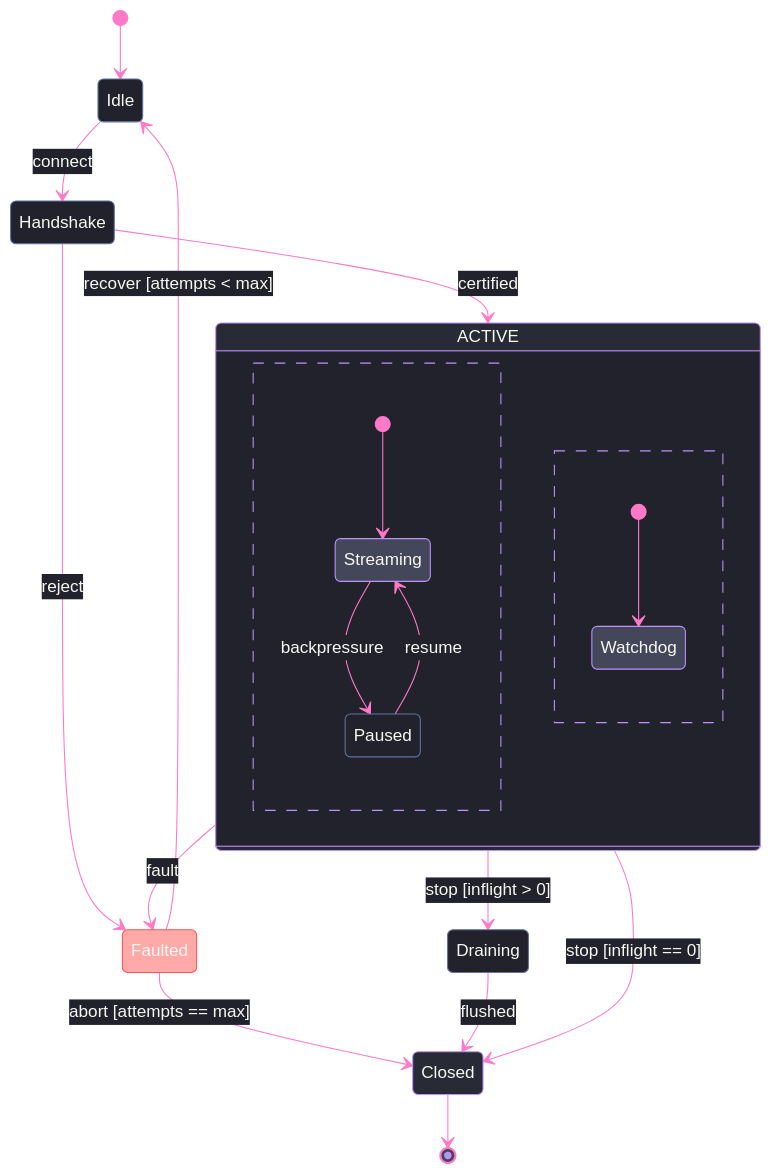
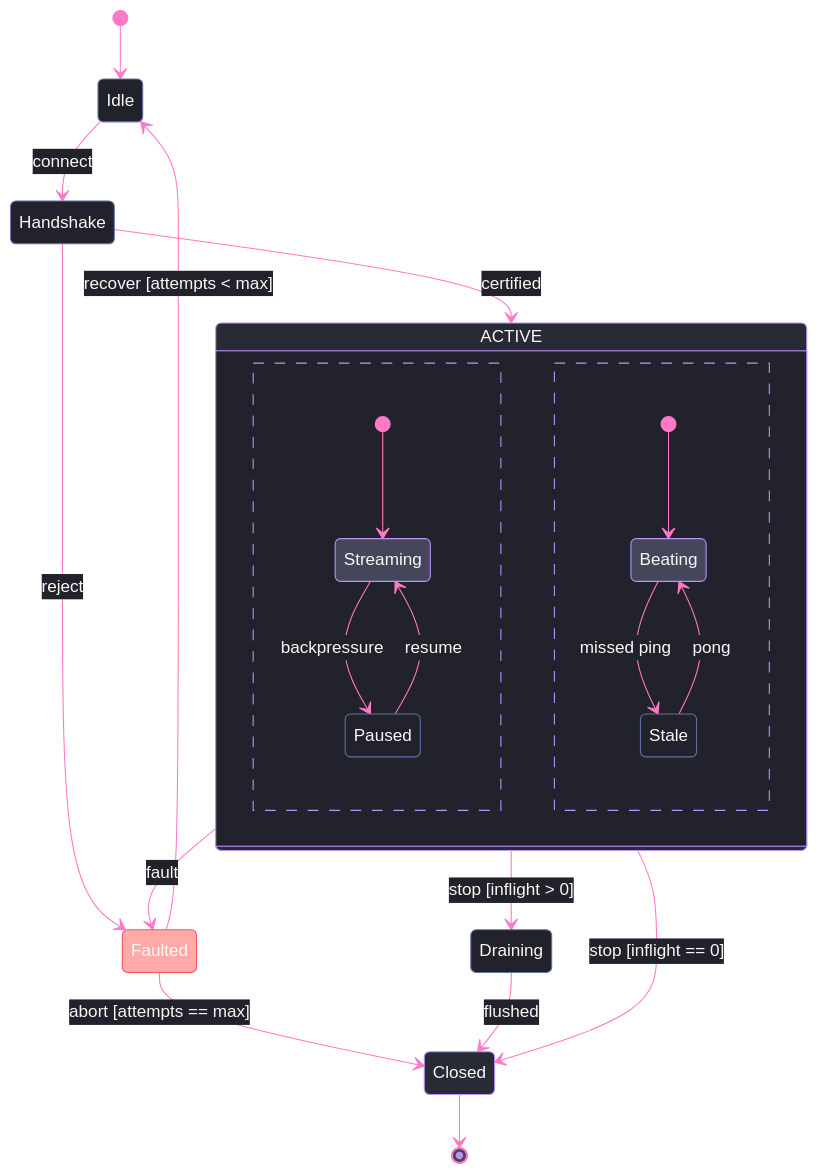
Before and after one commit to bsamiee/Rasm: the diagram in .claude/skills/mermaid-diagramming/templates/lifecycle.mmd.md, drawn with Mermaid. The commit also changed other lines of this file and 26 other files, not shown here.

First line of the commit message:
skill: mermaid-diagramming full-estate rebuild — 26-attacker adversarial audit, 11.16 alignment, hardened gates

````diff
--- a/.claude/skills/mermaid-diagramming/templates/lifecycle.mmd.md
+++ b/.claude/skills/mermaid-diagramming/templates/lifecycle.mmd.md
@@ -5,56 +5,58 @@
 ```mermaid
 ---
 config:
   theme: base
   look: classic
   themeVariables:
     darkMode: true
     fontFamily: "SF Mono, Menlo, Cascadia Mono, Segoe UI Mono, Consolas, monospace"
     useGradient: false
     dropShadow: "none"
     background: "#282A36"
     primaryColor: "#44475A"
     primaryTextColor: "#F8F8F2"
     primaryBorderColor: "#BD93F9"
     tertiaryColor: "#21222C"
     tertiaryTextColor: "#F8F8F2"
     lineColor: "#FF79C6"
     textColor: "#F8F8F2"
     clusterBkg: "#21222C"
     clusterBorder: "#D6BCFA"
     compositeBackground: "#21222C"
     compositeTitleBackground: "#282A36"
     compositeBorder: "#D6BCFA"
     edgeLabelBackground: "#21222C"
     labelBackgroundColor: "#21222C"
   themeCSS: ".nodeLabel{font-size:13px;font-weight:500}.edgeLabel{font-size:12px;font-weight:500}.cluster-label .nodeLabel{font-size:13.5px;font-weight:700;letter-spacing:.08em;color:#D6BCFA}.transition{stroke-width:2px}.note-edge{stroke-width:1.5px}.node rect,.node circle,.node path,.node .outer-path{stroke-width:1.5px;filter:none!important}.statediagram-cluster rect.outer{stroke:#D6BCFA;stroke-width:1px!important;stroke-dasharray:5 4}.statediagram-state rect.divider{stroke:#D6BCFA;stroke-width:1px;stroke-dasharray:5 4;fill:#282A36}[id*='barbEnd'] path{fill:#FF79C6;stroke:#FF79C6;transform:scale(.4);transform-origin:14px 7px}.state-start{r:3.4px;fill:#FF79C6;stroke:#FF79C6}.node[id*='_end'] .outer-path{transform-box:fill-box;transform-origin:center;transform:scale(.48)}.edgeLabel rect{transform-box:fill-box;transform-origin:center;transform:scale(1.1,1.2)}"
 ---
 stateDiagram-v2
     accTitle: Bridge session lifecycle
-    accDescr: A bridge session moving from idle through handshake into a composite active state with concurrent streaming and watchdog regions, guarded stop exits, and a bounded fault recovery loop before terminal close.
+    accDescr: A bridge session moving from idle through handshake into a composite active state with concurrent streaming and heartbeat regions, guarded stop exits, and a bounded fault recovery loop before terminal close.
     [*] --> Idle
     Idle --> Handshake: connect
     Handshake --> Active: certified
     Handshake --> Faulted: reject
     state "ACTIVE" as Active {
         direction TB
         [*] --> Streaming
         Streaming --> Paused: backpressure
         Paused --> Streaming: resume
         --
-        [*] --> Watchdog
+        [*] --> Beating
+        Beating --> Stale: missed ping
+        Stale --> Beating: pong
     }
     Active --> Draining: stop [inflight > 0]
     Active --> Closed: stop [inflight == 0]
     Active --> Faulted: fault
     Faulted --> Idle: recover [attempts < max]
     Faulted --> Closed: abort [attempts == max]
     Draining --> Closed: flushed
     Closed --> [*]
     classDef error fill:#FF555580,stroke:#FF5555,color:#F8F8F2
     classDef boundary fill:#282A36,stroke:#BD93F9,color:#F8F8F2
     classDef recessed fill:#21222C,stroke:#6272A4,color:#F8F8F2
     class Faulted error
     class Closed boundary
-    class Idle,Handshake,Paused,Draining recessed
+    class Idle,Handshake,Paused,Stale,Draining recessed
 ```
````
